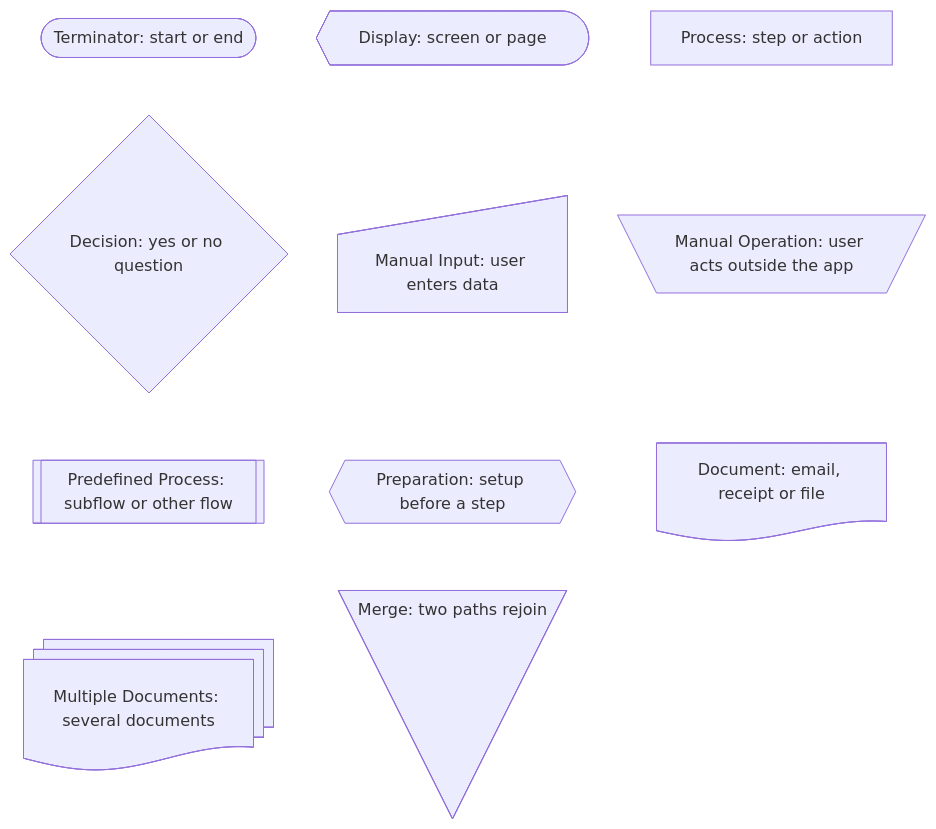
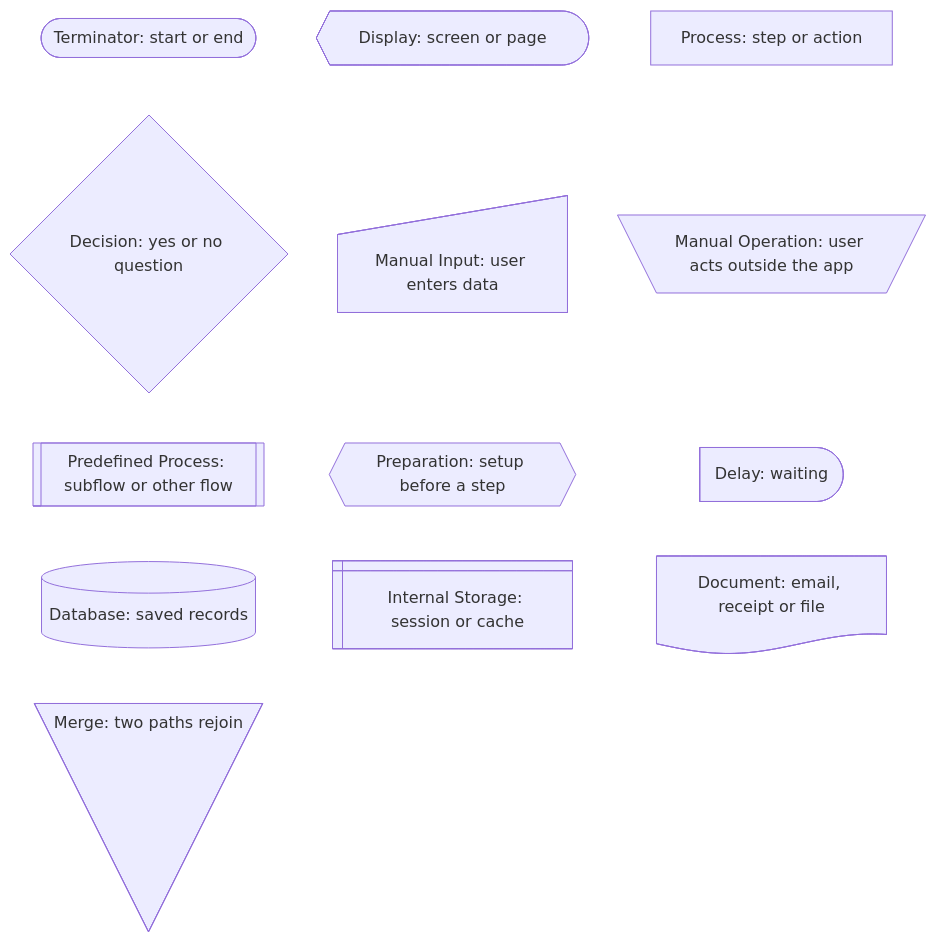
Before and after one commit to yoursharif/mermaid-userflow-diagram: the first of 7 diagrams in references/flows.md, drawn with Mermaid. The commit also changed other lines of this file, not shown here.

````diff
--- a/references/flows.md
+++ b/references/flows.md
@@ -26,23 +26,27 @@
 ```mermaid
 flowchart TD
   lgTerminator@{ shape: stadium, label: "Terminator: start or end" }
   lgDisplay@{ shape: curv-trap, label: "Display: screen or page" }
   lgProcess@{ shape: rect, label: "Process: step or action" }
   lgDecision@{ shape: diam, label: "Decision: yes or no question" }
   lgManualInput@{ shape: sl-rect, label: "Manual Input: user enters data" }
   lgManualOperation@{ shape: trap-t, label: "Manual Operation: user acts outside the app" }
   lgPredefinedProcess@{ shape: fr-rect, label: "Predefined Process: subflow or other flow" }
   lgPreparation@{ shape: hex, label: "Preparation: setup before a step" }
+  lgDelay@{ shape: delay, label: "Delay: waiting" }
+  lgDatabase@{ shape: cyl, label: "Database: saved records" }
+  lgInternalStorage@{ shape: win-pane, label: "Internal Storage: session or cache" }
   lgDocument@{ shape: doc, label: "Document: email, receipt or file" }
-  lgMultipleDocuments@{ shape: docs, label: "Multiple Documents: several documents" }
   lgMerge@{ shape: flip-tri, label: "Merge: two paths rejoin" }
 
   lgTerminator ~~~ lgDecision
   lgDisplay ~~~ lgManualInput
   lgProcess ~~~ lgManualOperation
   lgDecision ~~~ lgPredefinedProcess
   lgManualInput ~~~ lgPreparation
-  lgManualOperation ~~~ lgDocument
-  lgPredefinedProcess ~~~ lgMultipleDocuments
-  lgPreparation ~~~ lgMerge
+  lgManualOperation ~~~ lgDelay
+  lgPredefinedProcess ~~~ lgDatabase
+  lgPreparation ~~~ lgInternalStorage
+  lgDelay ~~~ lgDocument
+  lgDatabase ~~~ lgMerge
 ```
````
